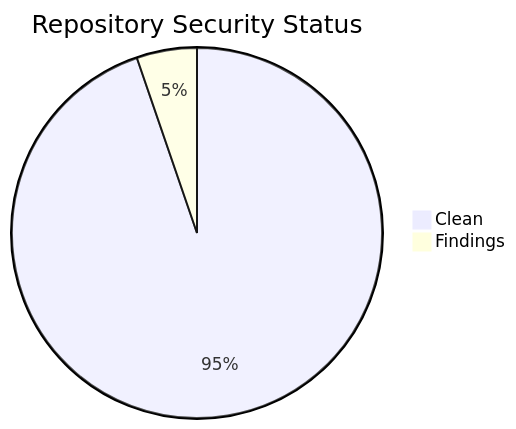
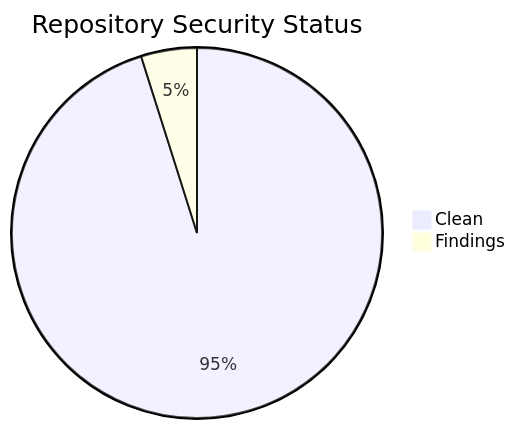
The second of 2 diagrams in projects/status.md (icepaule/icepaule.github.io), drawn with Mermaid before and after one commit. The commit also changed other lines of this file and 7 other files, not shown here.

````diff
--- a/projects/status.md
+++ b/projects/status.md
@@ -101,5 +104,5 @@
 ```mermaid
 pie title Repository Security Status
-    "Clean" : 36
+    "Clean" : 39
     "Findings" : 2
 ```
````
